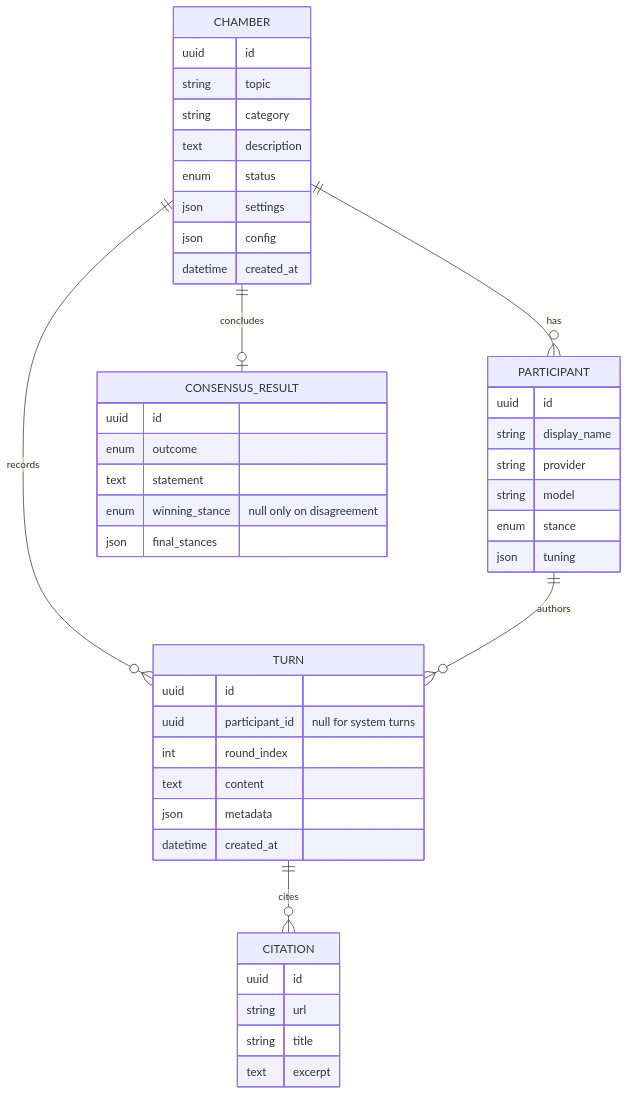
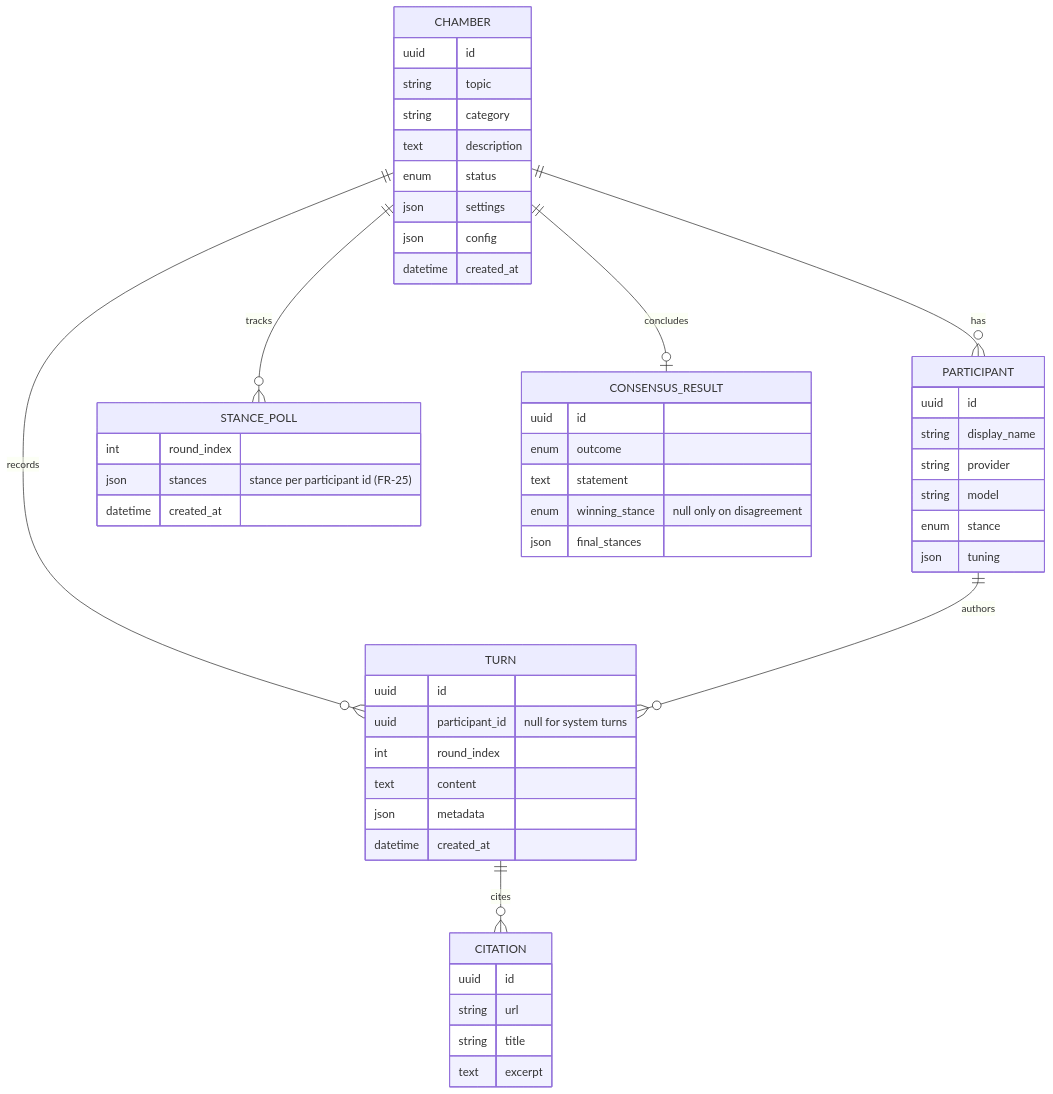
One commit to ettoreferranti/cicero changed the second of 3 diagrams in docs/architecture.md. Above: the diagram before and after it, drawn with Mermaid. The commit also changed other lines of this file and 43 other files, not shown here.

````diff
--- a/docs/architecture.md
+++ b/docs/architecture.md
@@ -125,48 +125,54 @@
 ```mermaid
 erDiagram
   CHAMBER ||--o{ PARTICIPANT : has
   CHAMBER ||--o{ TURN : records
+  CHAMBER ||--o{ STANCE_POLL : tracks
   CHAMBER ||--o| CONSENSUS_RESULT : concludes
   PARTICIPANT ||--o{ TURN : authors
   TURN ||--o{ CITATION : cites
 
   CHAMBER {
     uuid id
     string topic
     string category
     text description
     enum status
     json settings
     json config
     datetime created_at
   }
   PARTICIPANT {
     uuid id
     string display_name
     string provider
     string model
     enum stance
     json tuning
   }
   TURN {
     uuid id
     uuid participant_id "null for system turns"
     int round_index
     text content
     json metadata
     datetime created_at
   }
+  STANCE_POLL {
+    int round_index
+    json stances "stance per participant id (FR-25)"
+    datetime created_at
+  }
   CONSENSUS_RESULT {
     uuid id
     enum outcome
     text statement
     enum winning_stance "null only on disagreement"
     json final_stances
   }
   CITATION {
     uuid id
     string url
     string title
     text excerpt
   }
 ```
````
